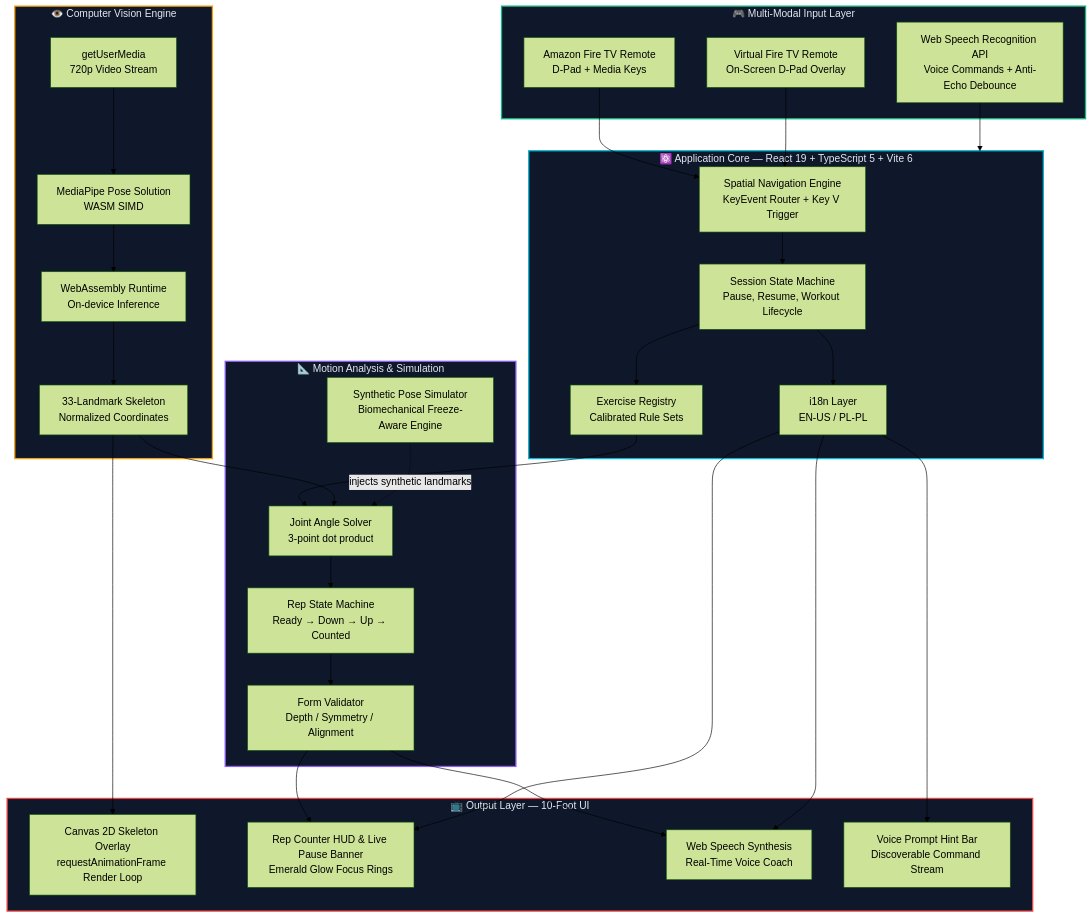
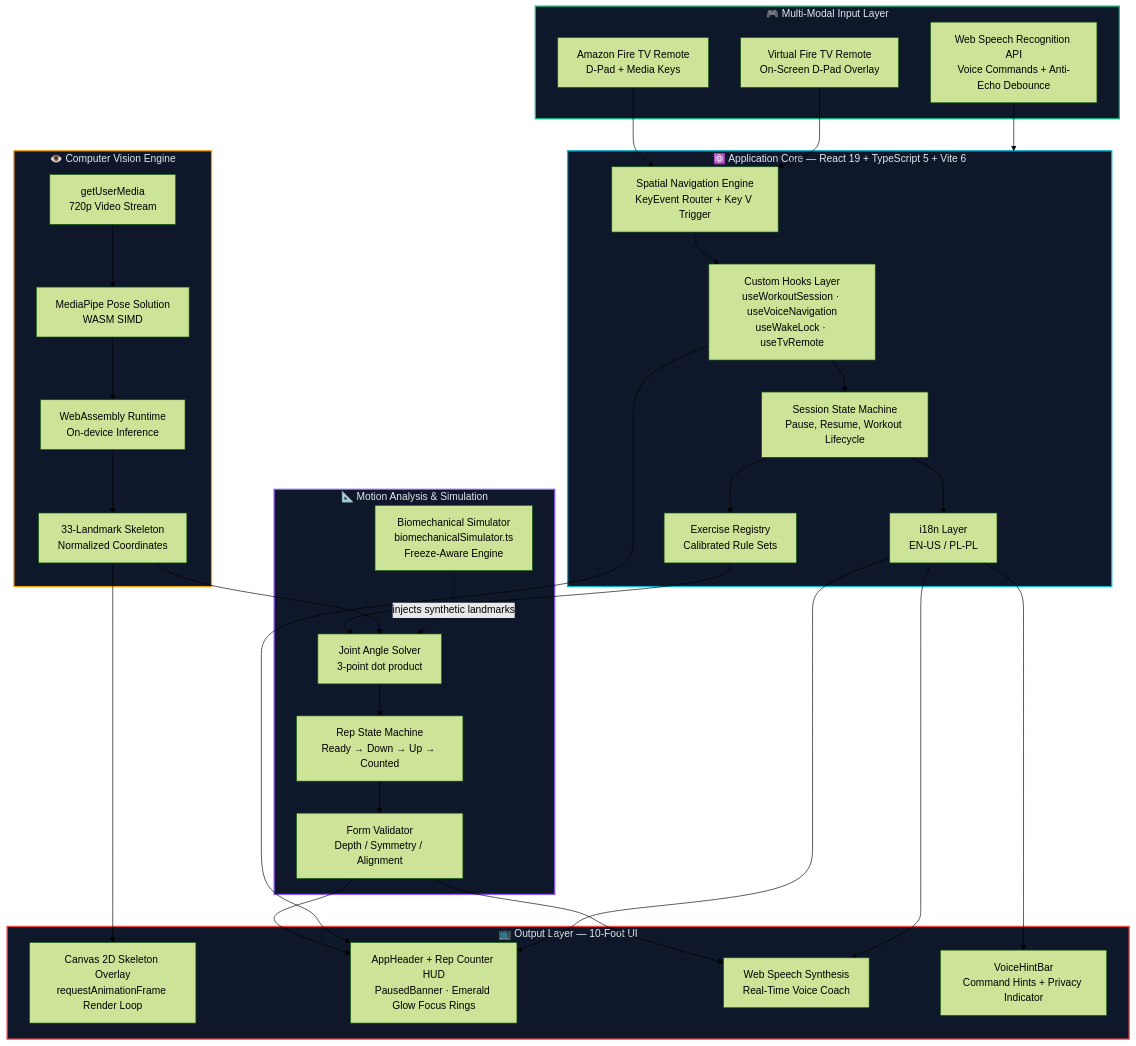
One commit to AdamBabinicz/pulsemotion-firetv changed the first of 4 diagrams in README.md. Above: the diagram before and after it, drawn with Mermaid (forest theme). The commit also changed other lines of this file and 2 other files, not shown here.

````diff
--- a/README.md
+++ b/README.md
@@ -217,59 +240,62 @@
 ```mermaid
 flowchart TD
     subgraph INPUT["🎮 Multi-Modal Input Layer"]
         A1["Amazon Fire TV Remote<br/>D-Pad + Media Keys"]
         A2["Web Speech Recognition API<br/>Voice Commands + Anti-Echo Debounce"]
         A3["Virtual Fire TV Remote<br/>On-Screen D-Pad Overlay"]
     end
 
     subgraph CORE["⚛️ Application Core — React 19 + TypeScript 5 + Vite 6"]
+        B0["Custom Hooks Layer<br/>useWorkoutSession · useVoiceNavigation<br/>useWakeLock · useTvRemote"]
         B1["Spatial Navigation Engine<br/>KeyEvent Router + Key V Trigger"]
         B2["Session State Machine<br/>Pause, Resume, Workout Lifecycle"]
         B3["i18n Layer<br/>EN-US / PL-PL"]
         B4["Exercise Registry<br/>Calibrated Rule Sets"]
     end
 
     subgraph VISION["👁️ Computer Vision Engine"]
         C1["getUserMedia<br/>720p Video Stream"]
         C2["MediaPipe Pose Solution<br/>WASM SIMD"]
         C3["WebAssembly Runtime<br/>On-device Inference"]
         C4["33-Landmark Skeleton<br/>Normalized Coordinates"]
     end
 
     subgraph RULES["📐 Motion Analysis & Simulation"]
         D1["Joint Angle Solver<br/>3-point dot product"]
         D2["Rep State Machine<br/>Ready → Down → Up → Counted"]
         D3["Form Validator<br/>Depth / Symmetry / Alignment"]
-        D4["Synthetic Pose Simulator<br/>Biomechanical Freeze-Aware Engine"]
+        D4["Biomechanical Simulator<br/>biomechanicalSimulator.ts<br/>Freeze-Aware Engine"]
     end
 
     subgraph OUTPUT["📺 Output Layer — 10-Foot UI"]
         E1["Canvas 2D Skeleton Overlay<br/>requestAnimationFrame Render Loop"]
-        E2["Rep Counter HUD & Live Pause Banner<br/>Emerald Glow Focus Rings"]
+        E2["AppHeader + Rep Counter HUD<br/>PausedBanner · Emerald Glow Focus Rings"]
         E3["Web Speech Synthesis<br/>Real-Time Voice Coach"]
-        E4["Voice Prompt Hint Bar<br/>Discoverable Command Stream"]
+        E4["VoiceHintBar<br/>Command Hints + Privacy Indicator"]
     end
 
     A1 --> B1
     A3 --> B1
     A2 --> CORE
-    B1 --> B2
+    B1 --> B0
+    B0 --> B2
     B2 --> B4
     B2 --> B3
     B4 --> D1
     C1 --> C2 --> C3 --> C4 --> D1
     D4 -.->|injects synthetic landmarks| D1
     D1 --> D2 --> D3
     D3 --> E2
     D3 --> E3
     C4 --> E1
+    B0 --> E2
     B3 --> E2
     B3 --> E3
     B3 --> E4
 
     style INPUT fill:#0f172a,stroke:#10b981,stroke-width:2px,color:#e2e8f0
     style CORE fill:#0f172a,stroke:#06b6d4,stroke-width:2px,color:#e2e8f0
     style VISION fill:#0f172a,stroke:#f59e0b,stroke-width:2px,color:#e2e8f0
     style RULES fill:#0f172a,stroke:#8b5cf6,stroke-width:2px,color:#e2e8f0
     style OUTPUT fill:#0f172a,stroke:#ef4444,stroke-width:2px,color:#e2e8f0
 ```
````
